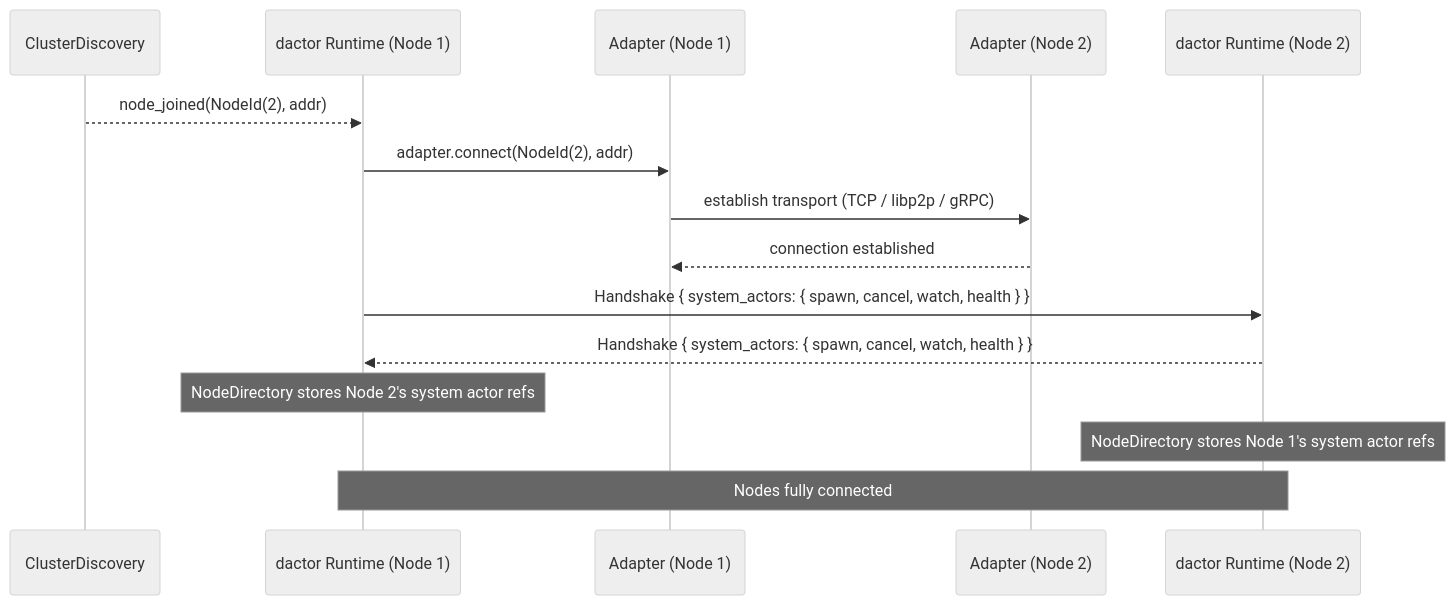
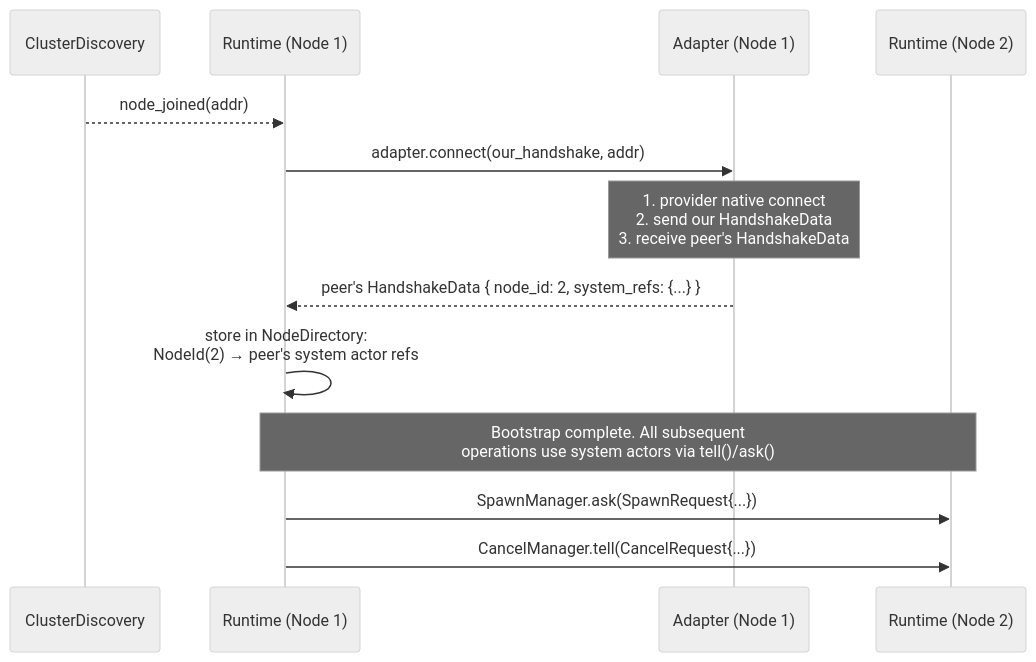
One commit to Yaming-Hub/dactor changed diagram 28 of 31 in docs/design-v0.2.md. Above: the diagram before and after it, drawn with Mermaid (neutral theme). The commit also changed other lines of this file, not shown here.

First line of the commit message:
docs: clarify handshake bootstrap vs actor layer in §12.2

````diff
--- a/docs/design-v0.2.md
+++ b/docs/design-v0.2.md
@@ -4871,22 +4948,20 @@
 ```mermaid
 sequenceDiagram
     participant CD as ClusterDiscovery
-    participant R1 as dactor Runtime (Node 1)
-    participant A1 as Adapter (Node 1)
-    participant A2 as Adapter (Node 2)
-    participant R2 as dactor Runtime (Node 2)
+    participant R1 as Runtime (Node 1)
+    participant A as Adapter (Node 1)
+    participant R2 as Runtime (Node 2)
 
-    CD-->>R1: node_joined(NodeId(2), addr)
+    CD-->>R1: node_joined(addr)
 
-    R1->>A1: adapter.connect(NodeId(2), addr)
-    A1->>A2: establish transport (TCP / libp2p / gRPC)
-    A2-->>A1: connection established
+    R1->>A: adapter.connect(our_handshake, addr)
+    Note over A: 1. provider native connect<br/>2. send our HandshakeData<br/>3. receive peer's HandshakeData
+    A-->>R1: peer's HandshakeData { node_id: 2, system_refs: {...} }
 
-    R1->>R2: Handshake { system_actors: { spawn, cancel, watch, health } }
-    R2-->>R1: Handshake { system_actors: { spawn, cancel, watch, health } }
+    R1->>R1: store in NodeDirectory:<br/>NodeId(2) → peer's system actor refs
 
-    Note over R1: NodeDirectory stores Node 2's system actor refs
-    Note over R2: NodeDirectory stores Node 1's system actor refs
+    Note over R1,R2: Bootstrap complete. All subsequent<br/>operations use system actors via tell()/ask()
 
-    Note over R1,R2: Nodes fully connected
+    R1->>R2: SpawnManager.ask(SpawnRequest{...})
+    R1->>R2: CancelManager.tell(CancelRequest{...})
 ```
````
